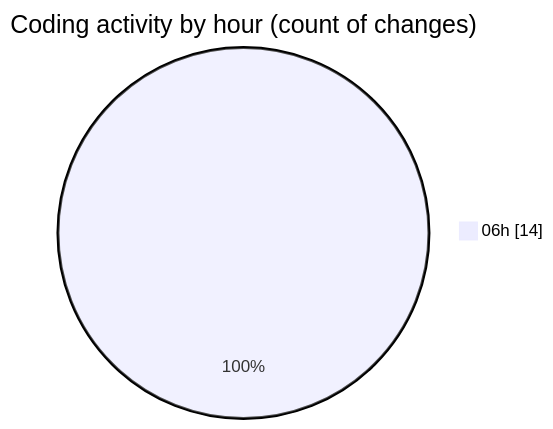
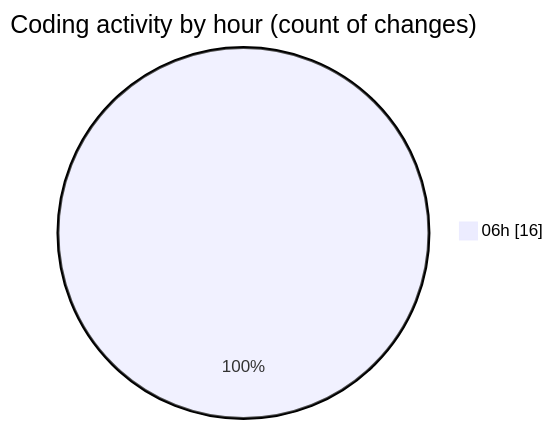
The second of 2 diagrams in 2025-02-21/termonied_testador/README.md (robertbonfada/code-tracking), drawn with Mermaid before and after one commit. The commit also changed other lines of this file and 1 other file, not shown here.

````diff
--- a/2025-02-21/termonied_testador/README.md
+++ b/2025-02-21/termonied_testador/README.md
@@ -32,5 +33,5 @@
 ```mermaid
 pie showData
 title Coding activity by hour (count of changes)
-"06h" : 14
+"06h" : 16
 ```
````
